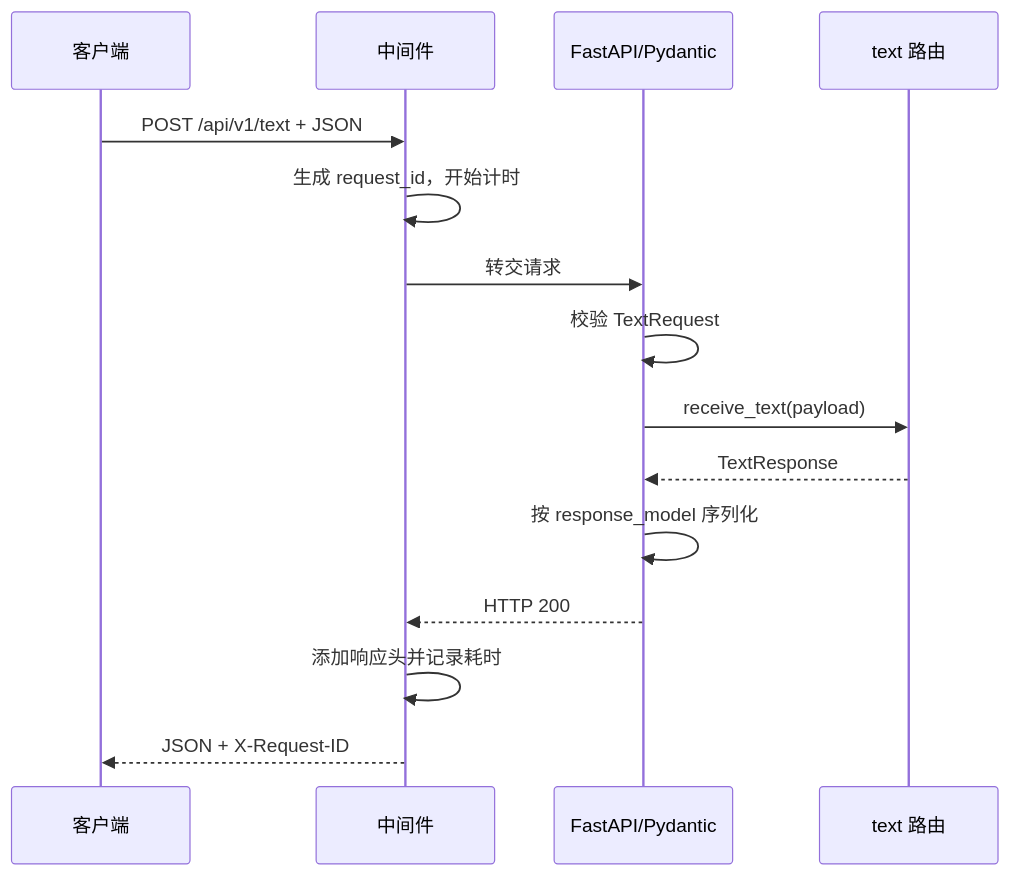
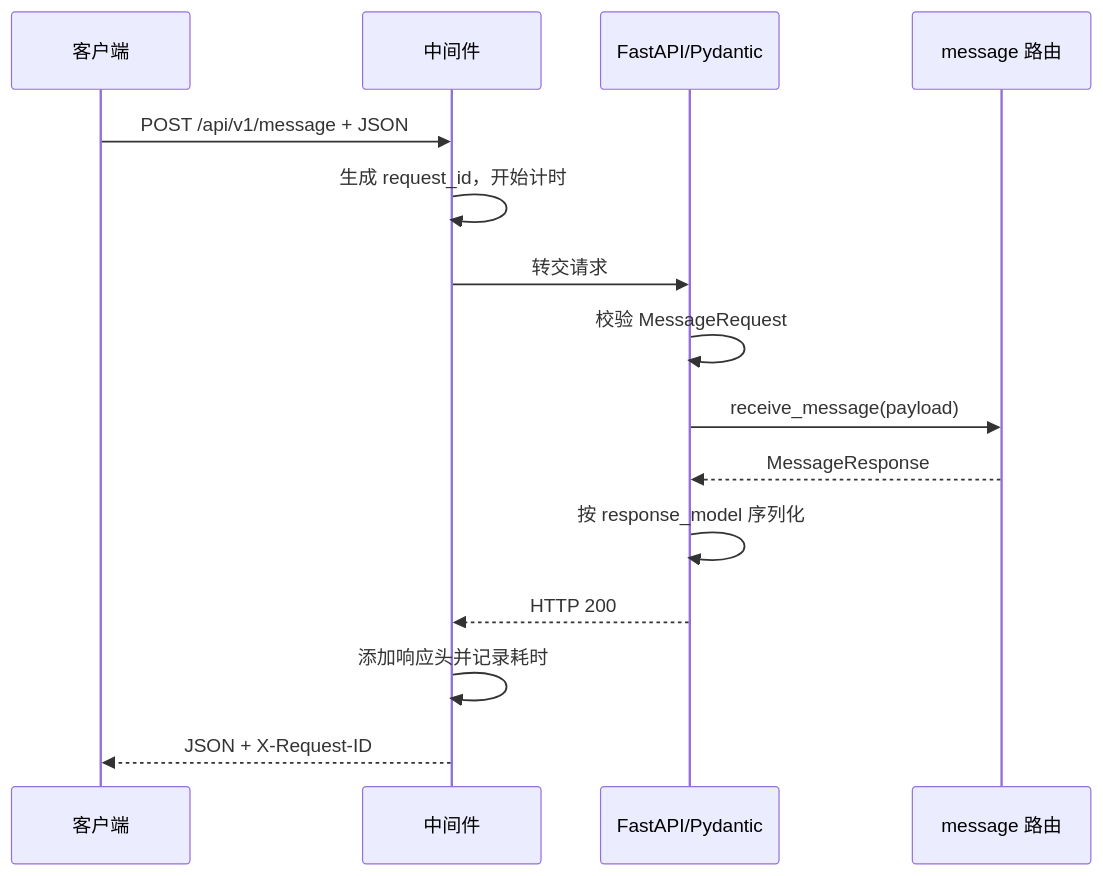
One commit to zuziqiu/python changed the diagram in fastAPI/ARCHITECTURE.md. Above: the diagram before and after it, drawn with Mermaid. The commit also changed other lines of this file and 32 other files, not shown here.

````diff
--- a/fastAPI/ARCHITECTURE.md
+++ b/fastAPI/ARCHITECTURE.md
@@ -183,18 +269,18 @@
 ```mermaid
 sequenceDiagram
     participant Client as 客户端
     participant Middleware as 中间件
     participant FastAPI as FastAPI/Pydantic
-    participant Route as text 路由
+    participant Route as message 路由
 
-    Client->>Middleware: POST /api/v1/text + JSON
+    Client->>Middleware: POST /api/v1/message + JSON
     Middleware->>Middleware: 生成 request_id，开始计时
     Middleware->>FastAPI: 转交请求
-    FastAPI->>FastAPI: 校验 TextRequest
-    FastAPI->>Route: receive_text(payload)
-    Route-->>FastAPI: TextResponse
+    FastAPI->>FastAPI: 校验 MessageRequest
+    FastAPI->>Route: receive_message(payload)
+    Route-->>FastAPI: MessageResponse
     FastAPI->>FastAPI: 按 response_model 序列化
     FastAPI-->>Middleware: HTTP 200
     Middleware->>Middleware: 添加响应头并记录耗时
     Middleware-->>Client: JSON + X-Request-ID
 ```
````
